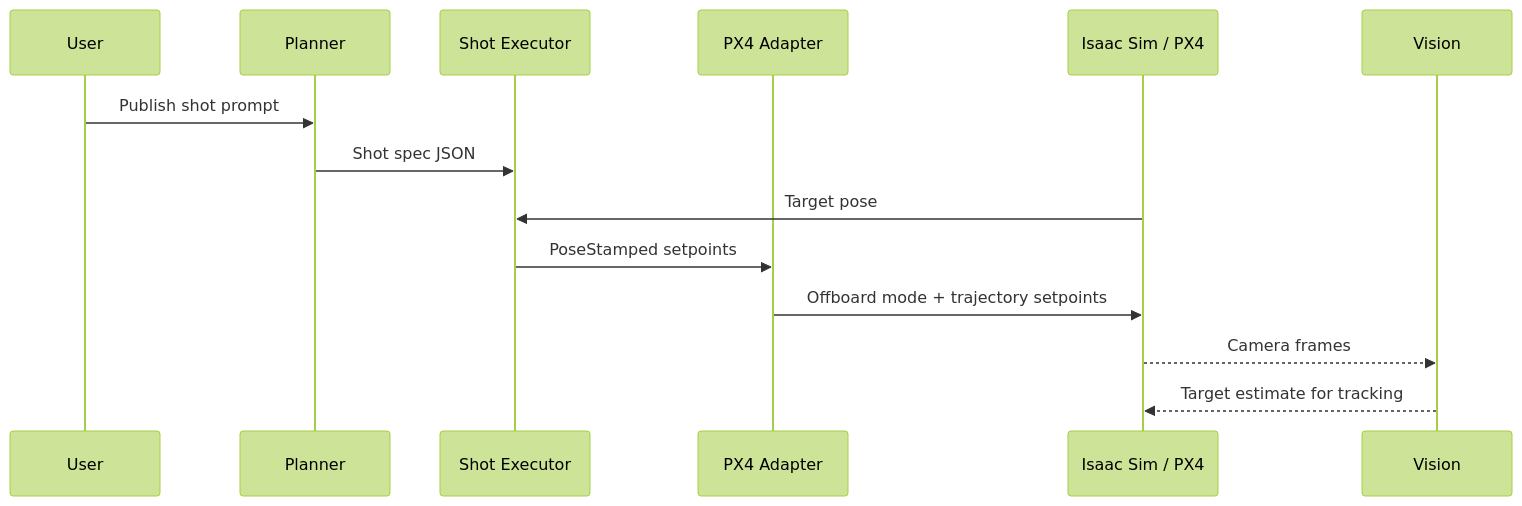
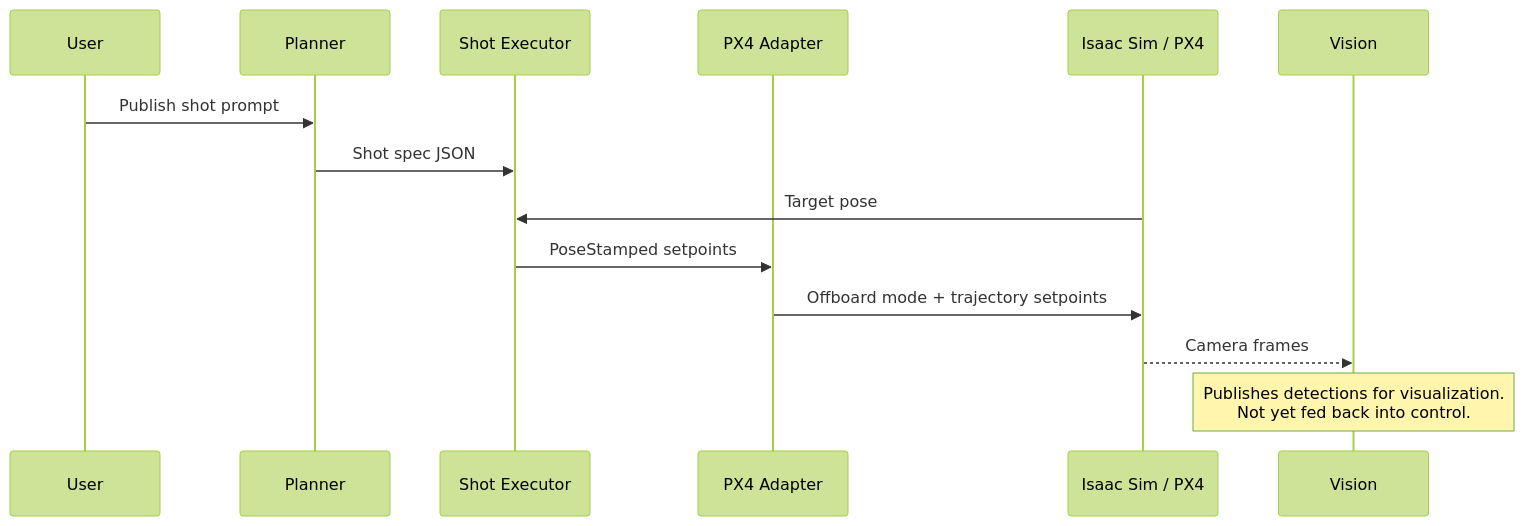
The second of 2 diagrams in README.md (lakshya-asu/snydrone), drawn with Mermaid (forest theme) before and after one commit. The commit also changed other lines of this file, not shown here.

````diff
--- a/README.md
+++ b/README.md
@@ -96,17 +98,17 @@
 ```mermaid
 sequenceDiagram
     participant U as User
     participant P as Planner
     participant E as Shot Executor
     participant X as PX4 Adapter
     participant S as Isaac Sim / PX4
     participant V as Vision
 
     U->>P: Publish shot prompt
     P->>E: Shot spec JSON
     S->>E: Target pose
     E->>X: PoseStamped setpoints
     X->>S: Offboard mode + trajectory setpoints
     S-->>V: Camera frames
-    V-->>S: Target estimate for tracking
+    Note over V: Publishes detections for visualization.<br/>Not yet fed back into control.
 ```
````
